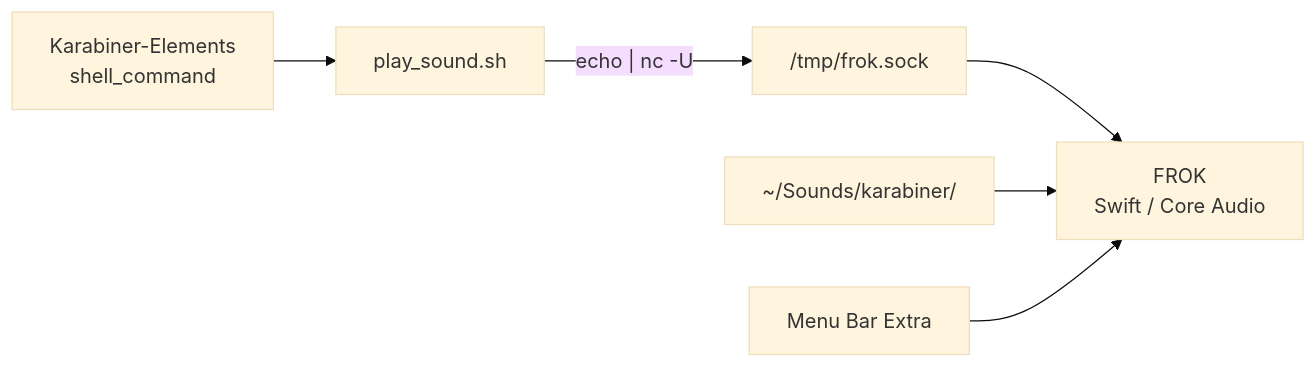
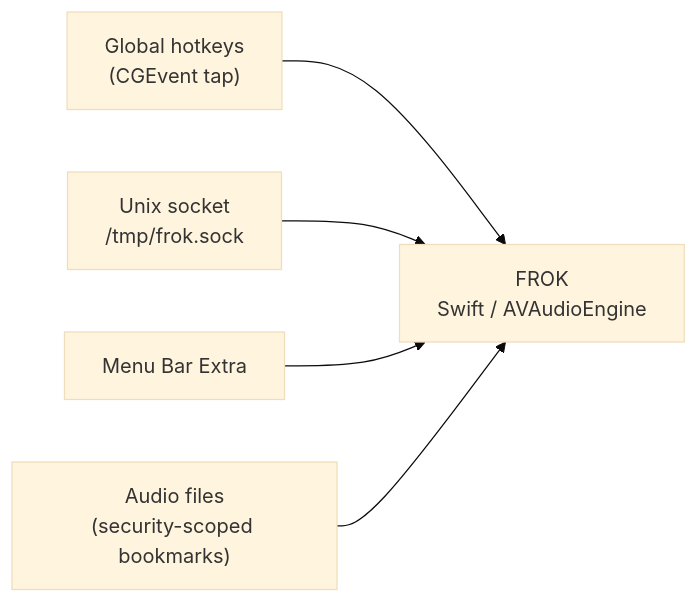
Before and after one commit to yabred/FROK: the diagram in README.md, drawn with Mermaid (base theme). The commit also changed other lines of this file and 4 other files, not shown here.

````diff
--- a/README.md
+++ b/README.md
@@ -5,8 +5,7 @@
 ```mermaid
 flowchart LR
-    Karabiner["Karabiner-Elements\nshell_command"] --> PlayScript["play_sound.sh"]
-    PlayScript -->|"echo | nc -U"| Socket["/tmp/frok.sock"]
-    Socket --> FROK["FROK\nSwift / Core Audio"]
-    SoundsDir["~/Sounds/karabiner/"] --> FROK
+    Hotkeys["Global hotkeys\n(CGEvent tap)"] --> FROK["FROK\nSwift / AVAudioEngine"]
+    IPC["Unix socket\n/tmp/frok.sock"] --> FROK
     MenuBar["Menu Bar Extra"] --> FROK
+    Files["Audio files\n(security-scoped bookmarks)"] --> FROK
 ```
````
